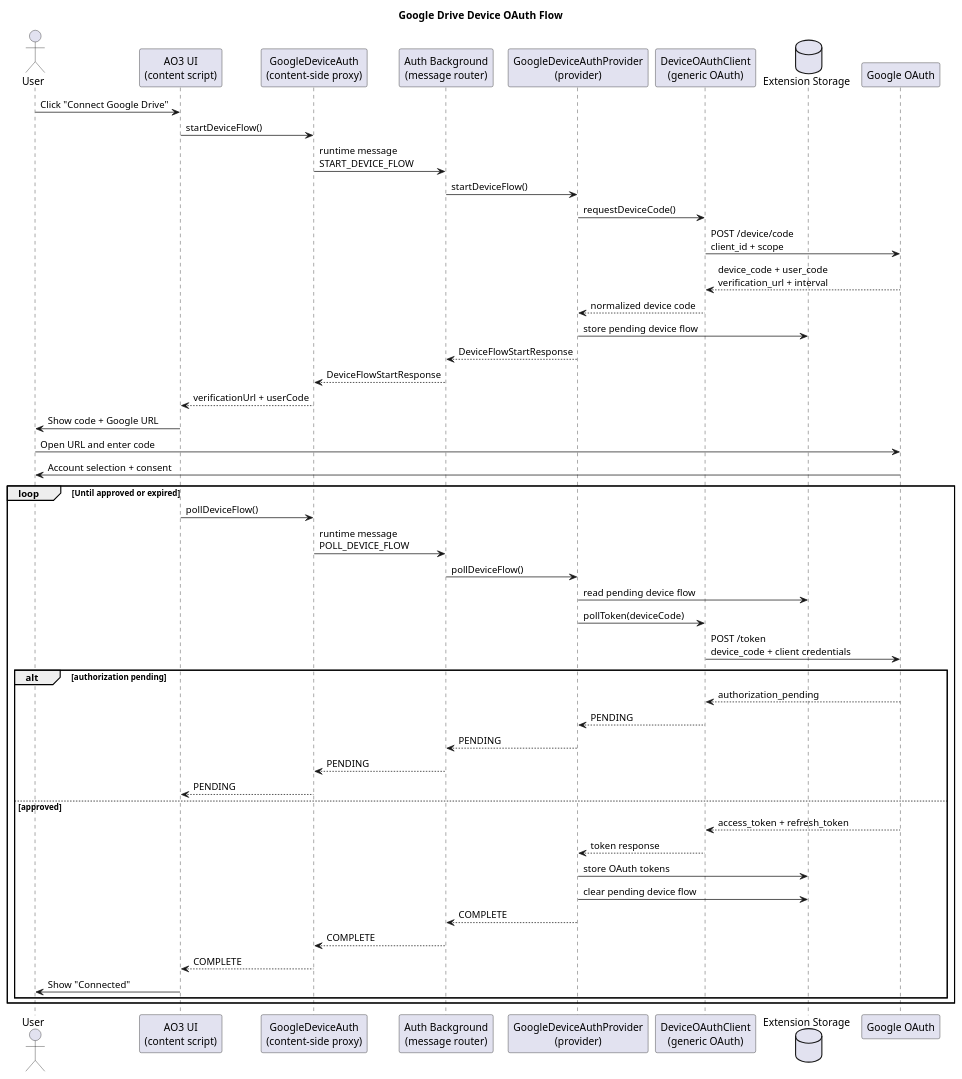
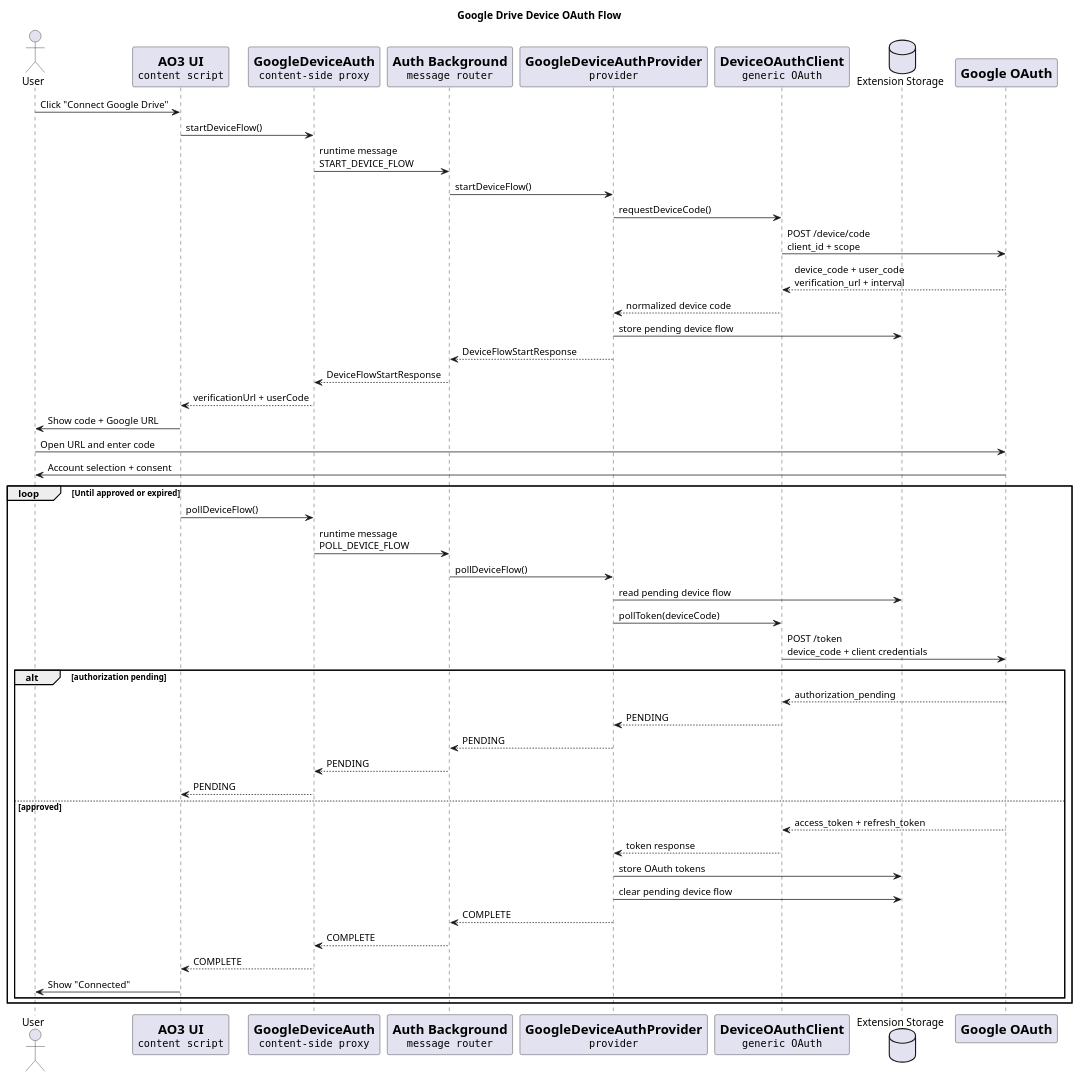
Before and after one commit to 0nis/ao3-read-tracker: the diagram in src/services/auth/diagrams/device-flow-sequence.puml, drawn with PlantUML.

```diff
--- a/src/services/auth/diagrams/device-flow-sequence.puml
+++ b/src/services/auth/diagrams/device-flow-sequence.puml
@@ -1,55 +1,72 @@
 @startuml Google Drive Device OAuth Flow
 title Google Drive Device OAuth Flow
 
 actor User
-participant "AO3 UI\n(content script)" as UI
-participant "GoogleDeviceAuth\n(content-side proxy)" as Proxy
-participant "Auth Background\n(message router)" as BG
-participant "GoogleDeviceAuthProvider\n(provider)" as Provider
-participant "DeviceOAuthClient\n(generic OAuth)" as Client
+participant UI [
+    =AO3 UI
+    ""content script""
+]
+participant Proxy [
+    =GoogleDeviceAuth
+    ""content-side proxy""
+]
+participant BG [
+    =Auth Background
+    ""message router""
+]
+participant Provider [
+    =GoogleDeviceAuthProvider
+    ""provider""
+]
+participant Client [
+    =DeviceOAuthClient
+    ""generic OAuth""
+]
 database "Extension Storage" as Storage
-participant "Google OAuth" as Google
+participant Google [
+    =Google OAuth
+]
 
 User -> UI: Click "Connect Google Drive"
 UI -> Proxy: startDeviceFlow()
 Proxy -> BG: runtime message\nSTART_DEVICE_FLOW
 BG -> Provider: startDeviceFlow()
 Provider -> Client: requestDeviceCode()
 Client -> Google: POST /device/code\nclient_id + scope
 Google --> Client: device_code + user_code\nverification_url + interval
 Client --> Provider: normalized device code
 Provider -> Storage: store pending device flow
 Provider --> BG: DeviceFlowStartResponse
 BG --> Proxy: DeviceFlowStartResponse
 Proxy --> UI: verificationUrl + userCode
 
 UI -> User: Show code + Google URL
 User -> Google: Open URL and enter code
 Google -> User: Account selection + consent
 
 loop Until approved or expired
   UI -> Proxy: pollDeviceFlow()
   Proxy -> BG: runtime message\nPOLL_DEVICE_FLOW
   BG -> Provider: pollDeviceFlow()
   Provider -> Storage: read pending device flow
   Provider -> Client: pollToken(deviceCode)
   Client -> Google: POST /token\ndevice_code + client credentials
   alt authorization pending
     Google --> Client: authorization_pending
     Client --> Provider: PENDING
     Provider --> BG: PENDING
     BG --> Proxy: PENDING
     Proxy --> UI: PENDING
   else approved
     Google --> Client: access_token + refresh_token
     Client --> Provider: token response
     Provider -> Storage: store OAuth tokens
     Provider -> Storage: clear pending device flow
     Provider --> BG: COMPLETE
     BG --> Proxy: COMPLETE
     Proxy --> UI: COMPLETE
     UI -> User: Show "Connected"
   end
 end
 
 @enduml
```
